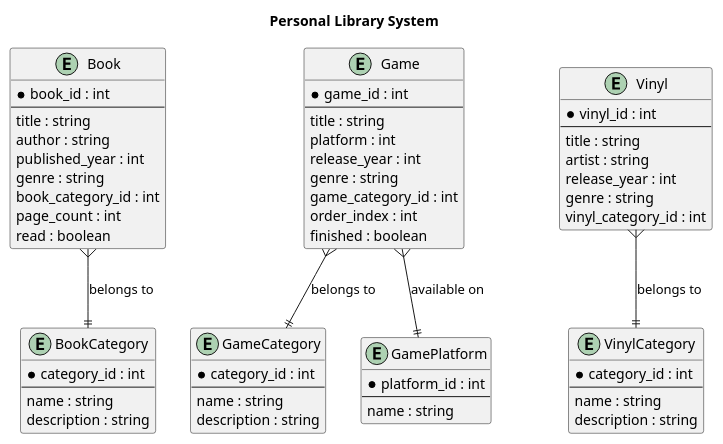
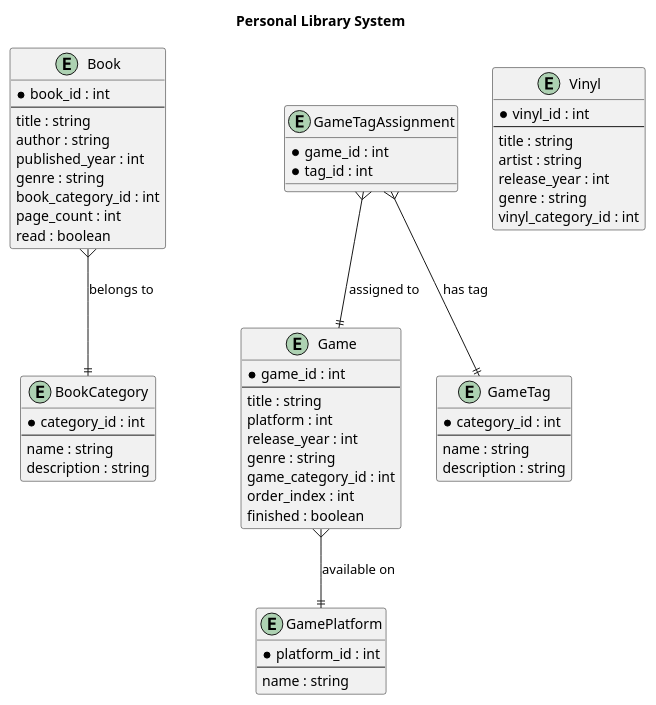
The diagram in Diagrams/ER diagram.plantuml (KimjeLassen/personal-library), drawn with PlantUML before and after one commit.

Commit message:
Updated ER diagram with new design

```diff
--- a/Diagrams/ER diagram.plantuml
+++ b/Diagrams/ER diagram.plantuml
@@ -1,67 +1,67 @@
 @startuml
 title Personal Library System
 entity Book {
   *book_id : int
   --
   title : string
   author : string
   published_year : int
   genre : string
   book_category_id : int
   page_count : int
   read : boolean
 }
 
 entity BookCategory {
   *category_id : int
   --
   name : string
   description : string
 }
 
 Book }--|| BookCategory : belongs to
 
 entity Game {
   *game_id : int
   --
   title : string
   platform : int
   release_year : int
   genre : string
   game_category_id : int
   order_index : int
   finished : boolean
 }
 
-entity GameCategory {
+entity GameTag {
   *category_id : int
   --
   name : string
   description : string
+}
+
+entity GameTagAssignment {
+  *game_id : int
+  *tag_id : int
 }
 
 entity GamePlatform {
   *platform_id : int
   --
   name : string
 }
-Game }--|| GameCategory : belongs to
+
+GameTagAssignment }--|| Game : assigned to
+GameTagAssignment }--|| GameTag : has tag
 Game }--|| GamePlatform : available on
 
 entity Vinyl {
   *vinyl_id : int
   --
   title : string
   artist : string
   release_year : int
   genre : string
   vinyl_category_id : int
 }
-entity VinylCategory {
-  *category_id : int
-  --
-  name : string
-  description : string
-}
-Vinyl }--|| VinylCategory : belongs to
 @enduml
```
